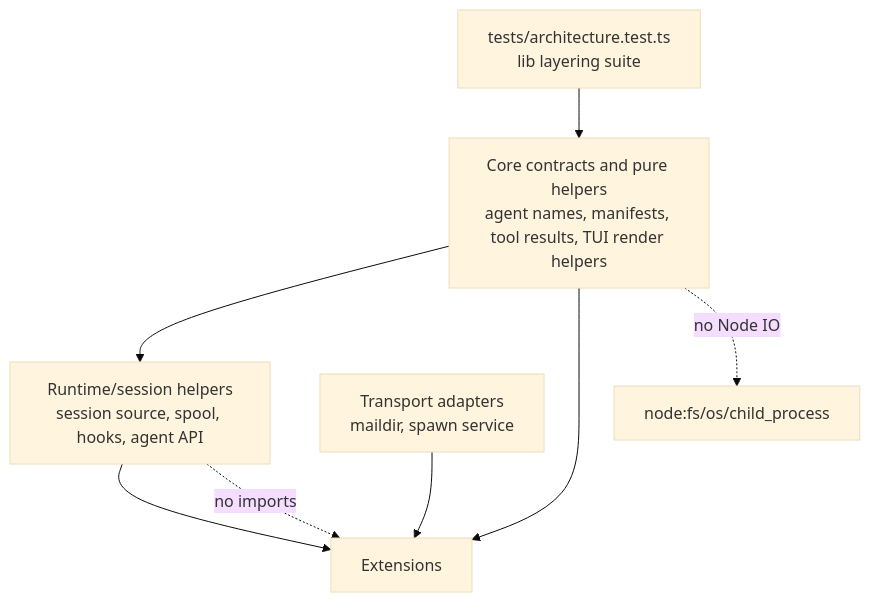
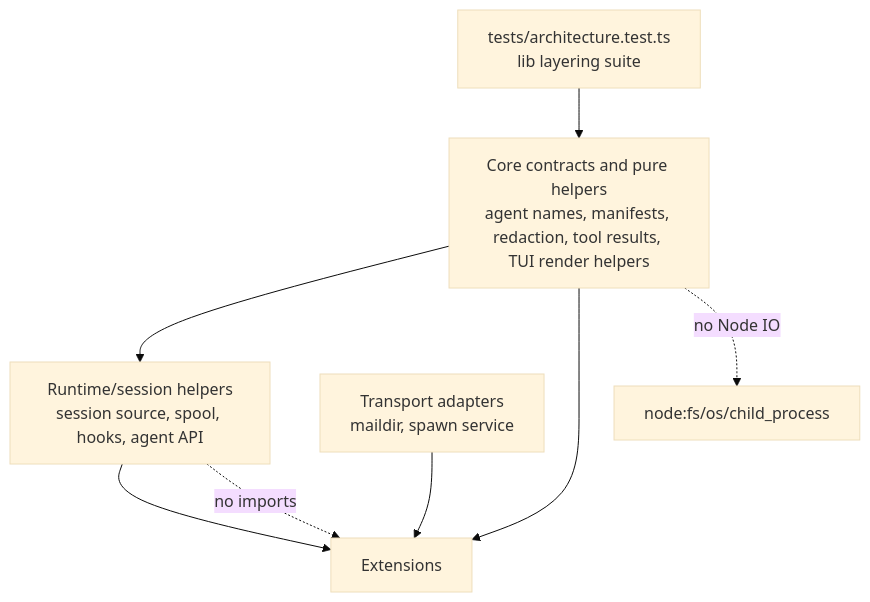
The fourth of 13 diagrams in docs/architecture.md (tS7hKamAYL84j91/pi-tools-and-skills), drawn with Mermaid (base theme) before and after one commit. The commit also changed other lines of this file and 5 other files, not shown here.

````diff
--- a/docs/architecture.md
+++ b/docs/architecture.md
@@ -177,14 +177,14 @@
 ```mermaid
 flowchart TD
-  Core[Core contracts and pure helpers\nagent names, manifests, tool results, TUI render helpers]
+  Core[Core contracts and pure helpers\nagent names, manifests, redaction, tool results, TUI render helpers]
   Runtime[Runtime/session helpers\nsession source, spool, hooks, agent API]
   Transport[Transport adapters\nmaildir, spawn service]
   Extensions[Extensions]
   Core --> Runtime
   Core --> Extensions
   Runtime --> Extensions
   Transport --> Extensions
   Runtime -. no imports .-> Extensions
   Core -. no Node IO .-> FS[node:fs/os/child_process]
   Tests[tests/architecture.test.ts\nlib layering suite] --> Core
 ```
````
